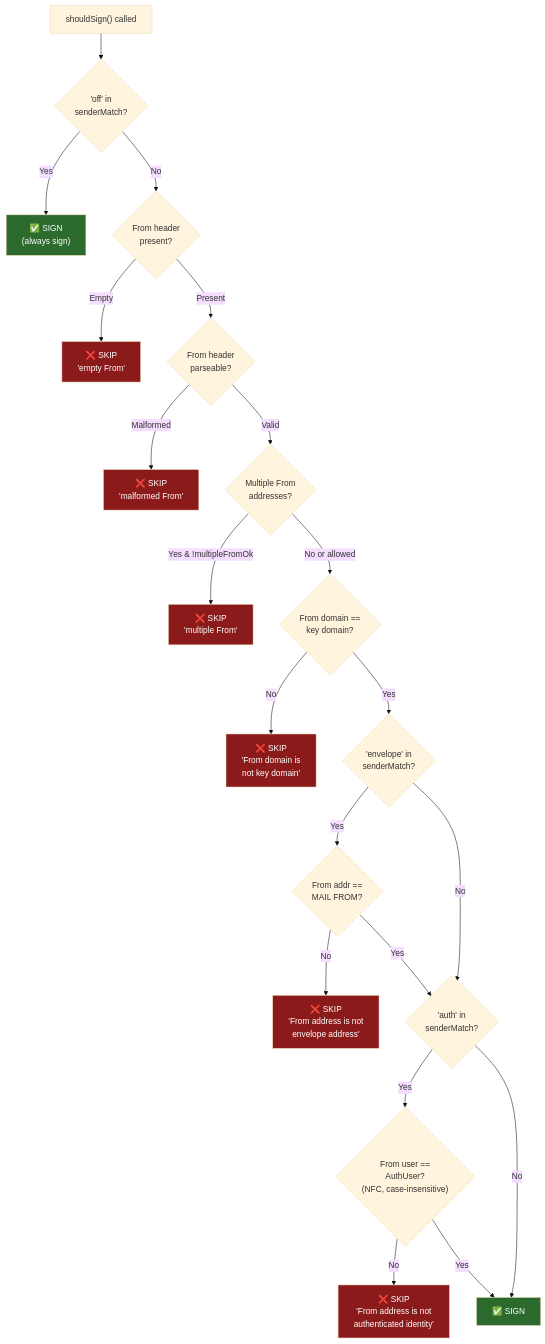
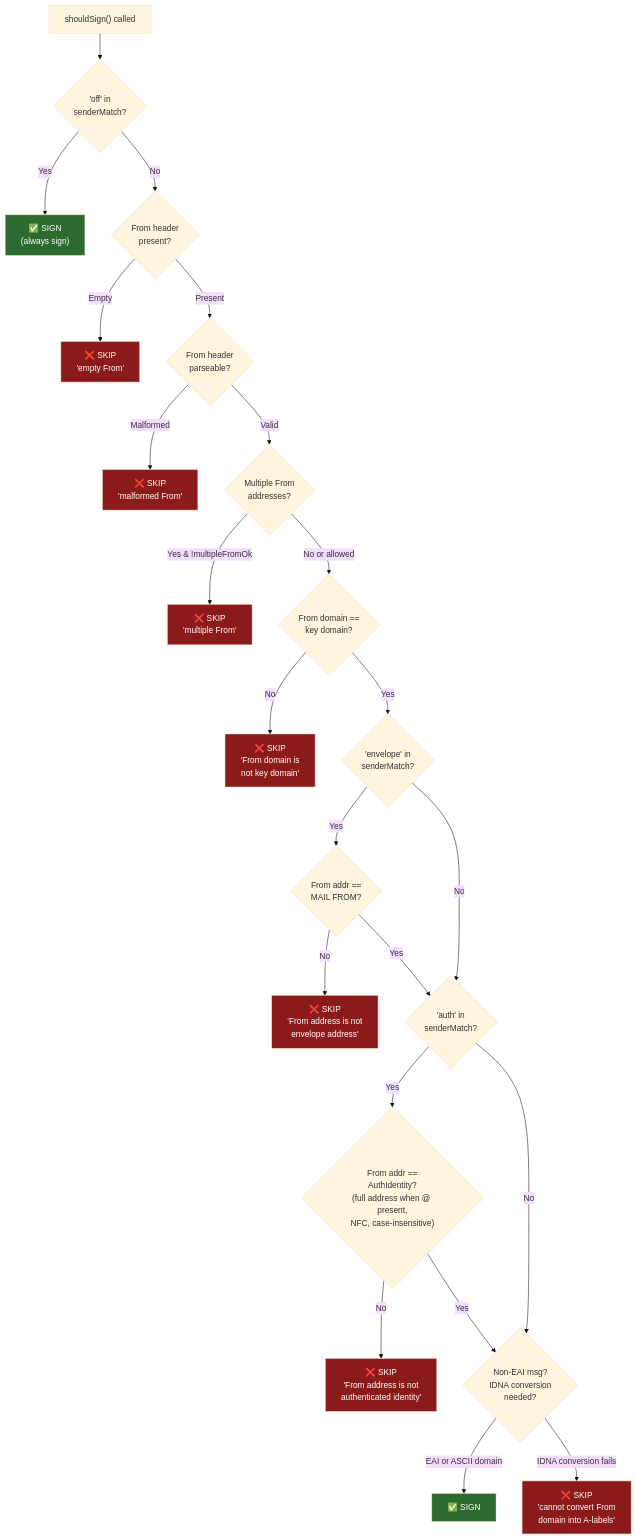
Before and after one commit to blitzy-research/maddy: the first of 3 diagrams in blitzy/documentation/maddy.md, drawn with Mermaid (base theme). The commit also changed other lines of this file, not shown here.

First line of the commit message:
Address code review findings: fix auth match description, DKIM-Signature capitalization, add insecure_auth warning, IDNA edge case, unused enum note, and srcBlockForAddr full-address match note

````diff
--- a/blitzy/documentation/maddy.md
+++ b/blitzy/documentation/maddy.md
@@ -514,31 +518,34 @@
 ```mermaid
 flowchart TD
     A["shouldSign() called"] --> B{"'off' in<br>senderMatch?"}
     B -->|Yes| C["✅ SIGN<br>(always sign)"]
     B -->|No| D{"From header<br>present?"}
     D -->|"Empty"| E["❌ SKIP<br>'empty From'"]
     D -->|"Present"| F{"From header<br>parseable?"}
     F -->|"Malformed"| G["❌ SKIP<br>'malformed From'"]
     F -->|"Valid"| H{"Multiple From<br>addresses?"}
     H -->|"Yes & !multipleFromOk"| I["❌ SKIP<br>'multiple From'"]
     H -->|"No or allowed"| J{"From domain ==<br>key domain?"}
     J -->|No| K["❌ SKIP<br>'From domain is<br>not key domain'"]
     J -->|Yes| L{"'envelope' in<br>senderMatch?"}
     L -->|Yes| M{"From addr ==<br>MAIL FROM?"}
     M -->|No| N["❌ SKIP<br>'From address is not<br>envelope address'"]
     M -->|Yes| O{"'auth' in<br>senderMatch?"}
     L -->|No| O
-    O -->|Yes| P{"From user ==<br>AuthUser?<br>(NFC, case-insensitive)"}
+    O -->|Yes| P{"From addr ==<br>AuthIdentity?<br>(full address when @ present,<br>NFC, case-insensitive)"}
     P -->|No| Q["❌ SKIP<br>'From address is not<br>authenticated identity'"]
-    P -->|Yes| R["✅ SIGN"]
-    O -->|No| R
+    P -->|Yes| S{"Non-EAI msg?<br>IDNA conversion<br>needed?"}
+    O -->|No| S
+    S -->|"EAI or ASCII domain"| R["✅ SIGN"]
+    S -->|"IDNA conversion fails"| T["❌ SKIP<br>'cannot convert From<br>domain into A-labels'"]
 
     style C fill:#2d6a2e,color:#fff
     style R fill:#2d6a2e,color:#fff
     style E fill:#8b1a1a,color:#fff
     style G fill:#8b1a1a,color:#fff
     style I fill:#8b1a1a,color:#fff
     style K fill:#8b1a1a,color:#fff
     style N fill:#8b1a1a,color:#fff
     style Q fill:#8b1a1a,color:#fff
+    style T fill:#8b1a1a,color:#fff
 ```
````
